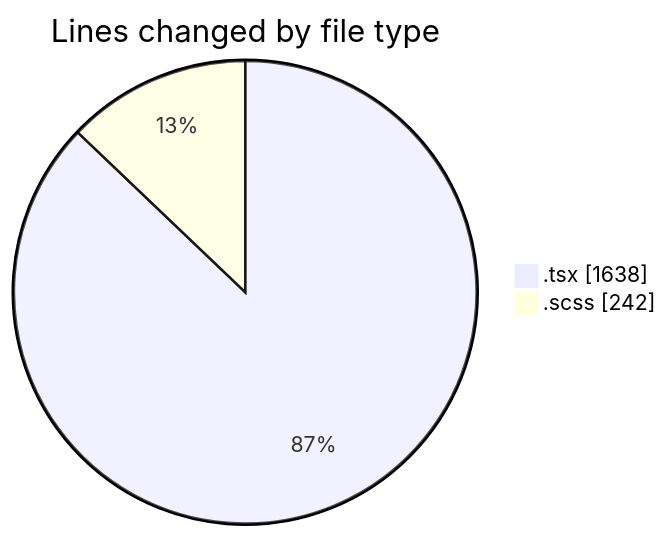
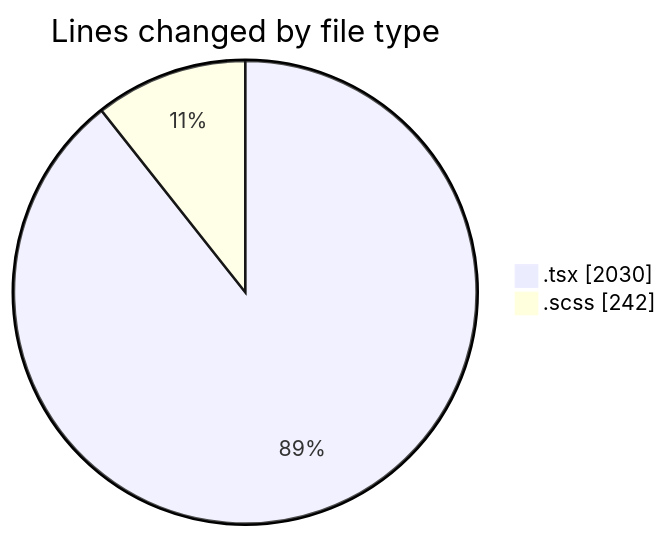
One commit to momahboobian/code-tracking changed the first of 2 diagrams in 2025-07-03/cda/README.md. Above: the diagram before and after it, drawn with Mermaid. The commit also changed other lines of this file and 1 other file, not shown here.

````diff
--- a/2025-07-03/cda/README.md
+++ b/2025-07-03/cda/README.md
@@ -28,6 +30,6 @@
 ```mermaid
 pie showData
 title Lines changed by file type
-".tsx" : 1638
+".tsx" : 2030
 ".scss" : 242
 ```
````
